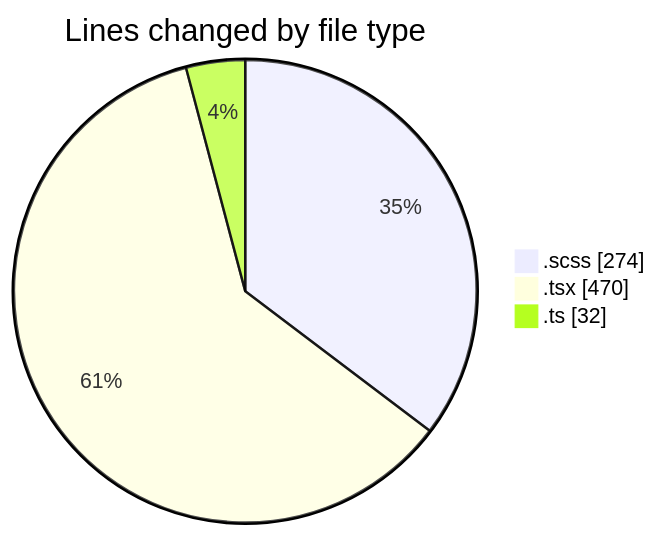
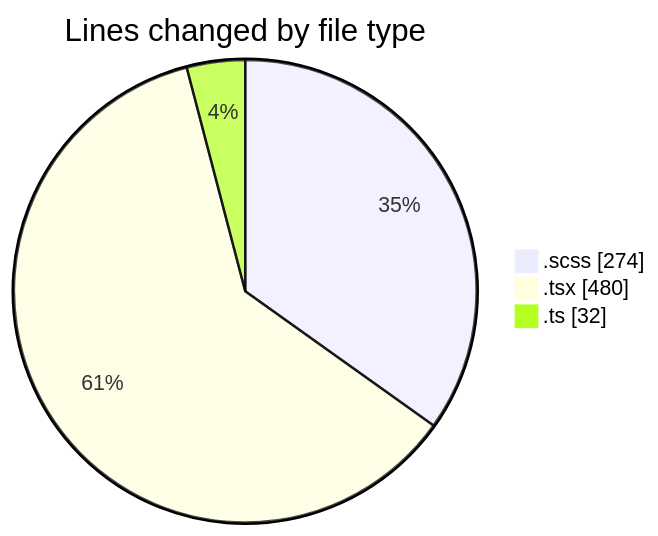
Before and after one commit to momahboobian/code-tracking: the first of 2 diagrams in 2025-03-04/cda/README.md, drawn with Mermaid. The commit also changed other lines of this file and 1 other file, not shown here.

````diff
--- a/2025-03-04/cda/README.md
+++ b/2025-03-04/cda/README.md
@@ -25,7 +25,7 @@
 ```mermaid
 pie showData
 title Lines changed by file type
 ".scss" : 274
-".tsx" : 470
+".tsx" : 480
 ".ts" : 32
 ```
````
